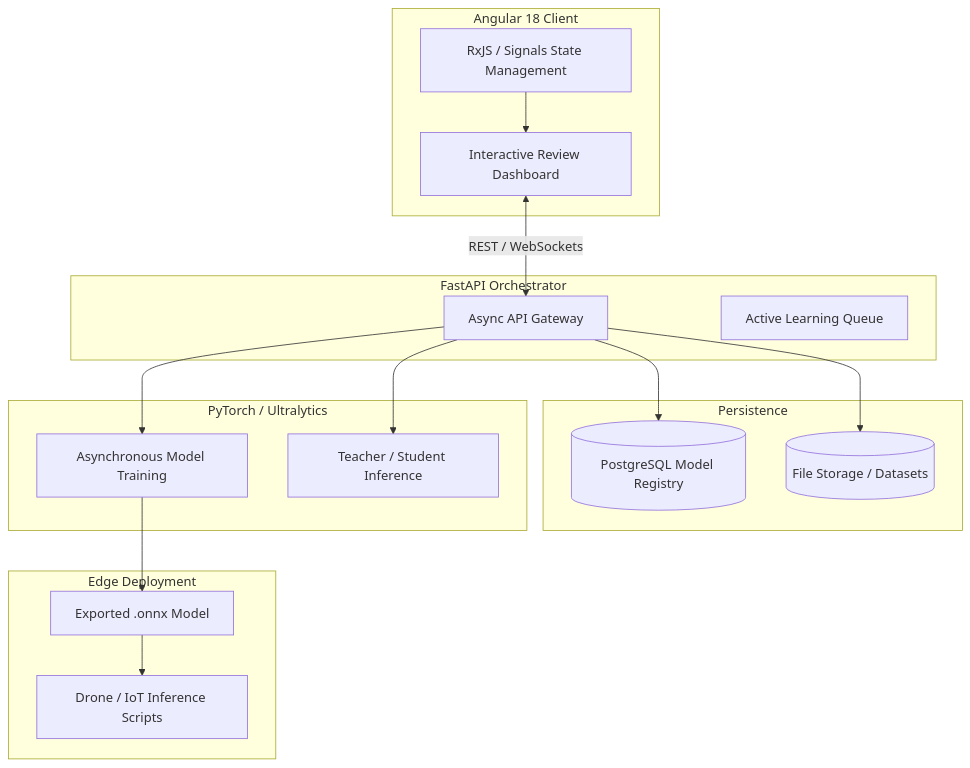
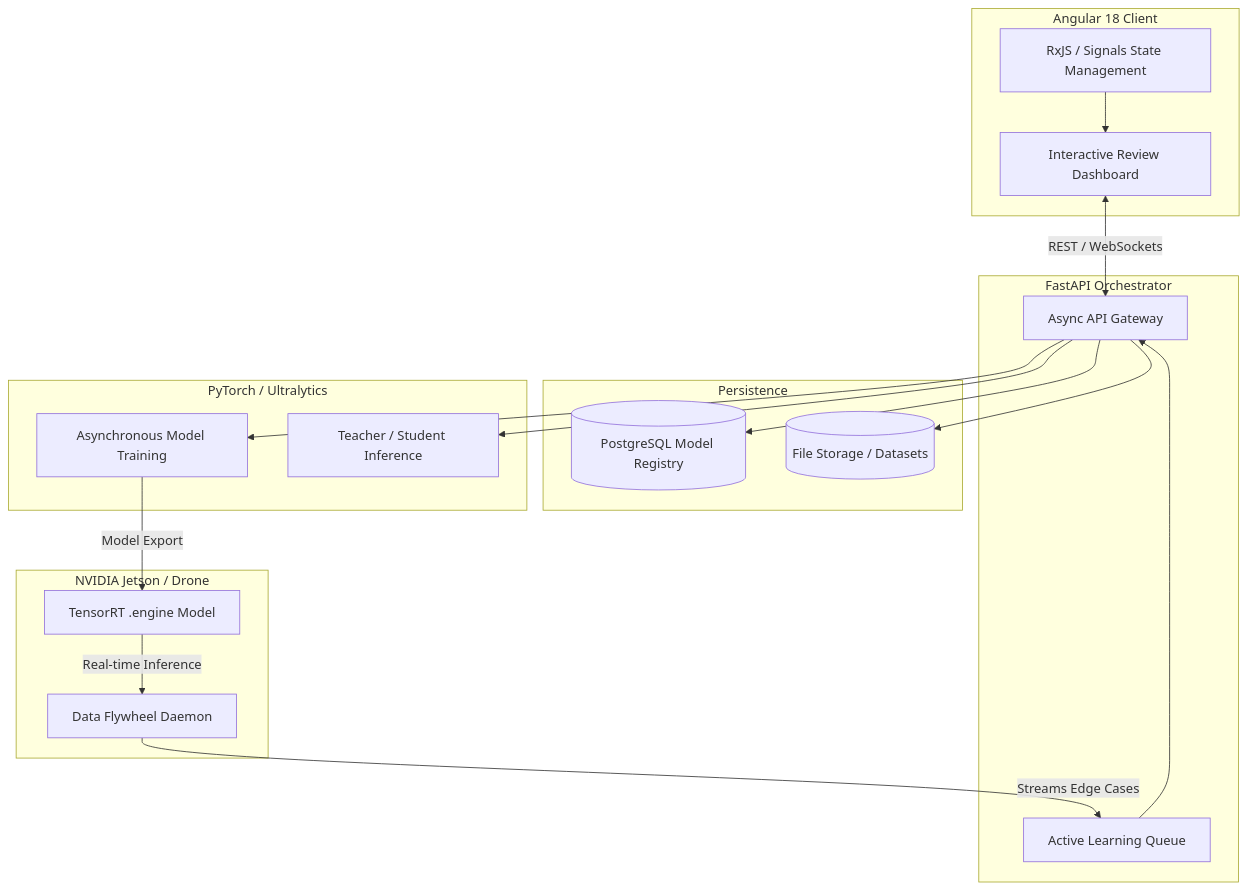
The diagram in README.md (rathoddhruv/TrainFlowVision-Showcase), drawn with Mermaid before and after one commit. The commit also changed other lines of this file, not shown here.

Commit message:
docs: complete overhaul of README with advanced architecture and features

````diff
--- a/README.md
+++ b/README.md
@@ -61,36 +61,38 @@
 ```mermaid
 graph TD
     subgraph Frontend [Angular 18 Client]
         UI[Interactive Review Dashboard]
         State[RxJS / Signals State Management]
     end
 
     subgraph Backend [FastAPI Orchestrator]
         API[Async API Gateway]
         Queue[Active Learning Queue]
     end
 
     subgraph Data [Persistence]
         DB[(PostgreSQL Model Registry)]
         Storage[(File Storage / Datasets)]
     end
 
     subgraph ML_Engine [PyTorch / Ultralytics]
         Train[Asynchronous Model Training]
         Infer[Teacher / Student Inference]
     end
 
-    subgraph Edge [Edge Deployment]
-        ONNX[Exported .onnx Model]
-        Jetson[Drone / IoT Inference Scripts]
+    subgraph Edge [NVIDIA Jetson / Drone]
+        TRT[TensorRT .engine Model]
+        Flywheel[Data Flywheel Daemon]
     end
 
     UI <-->|REST / WebSockets| API
     State --> UI
     API --> DB
     API --> Storage
     API --> Train
     API --> Infer
-    Train --> ONNX
-    ONNX --> Jetson
+    Train -->|Model Export| TRT
+    TRT -->|Real-time Inference| Flywheel
+    Flywheel -->|Streams Edge Cases| Queue
+    Queue --> API
 ```
````
